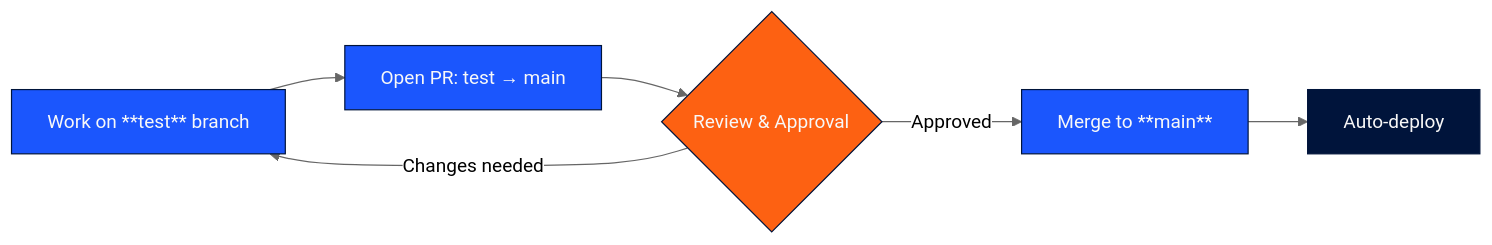
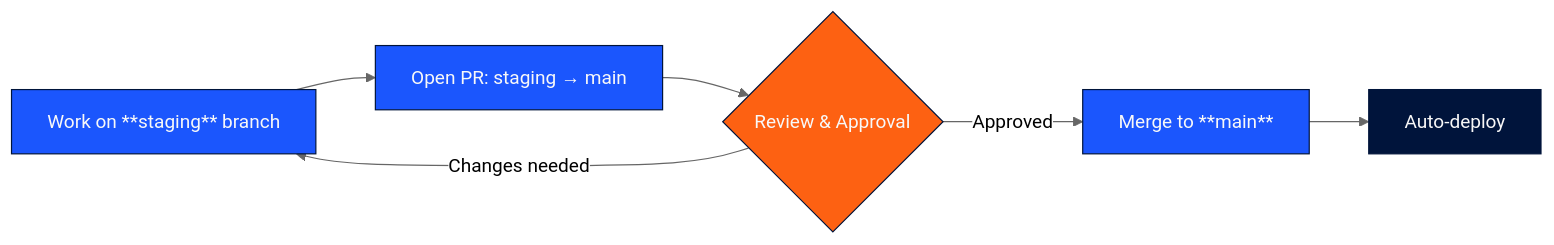
The diagram in profile/README.md (Blue-Car-Rental/.github), drawn with Mermaid (neutral theme) before and after one commit. The commit also changed other lines of this file and 2 other files, not shown here.

Commit message:
Rename branch strategy from test to staging

````diff
--- a/profile/README.md
+++ b/profile/README.md
@@ -37,14 +37,14 @@
 ```mermaid
 flowchart LR
-    A["Work on **test** branch"] --> B["Open PR: test → main"]
+    A["Work on **staging** branch"] --> B["Open PR: staging → main"]
     B --> C{"Review & Approval"}
     C -->|Approved| D["Merge to **main**"]
     C -->|Changes needed| A
     D --> E["Auto-deploy"]
 
     style A fill:#1B56FD,color:#F8F8F8,stroke:#00143B
     style B fill:#1B56FD,color:#F8F8F8,stroke:#00143B
     style C fill:#FD6112,color:#F8F8F8,stroke:#00143B
     style D fill:#1B56FD,color:#F8F8F8,stroke:#00143B
     style E fill:#00143B,color:#F8F8F8,stroke:#00143B
 ```
````
